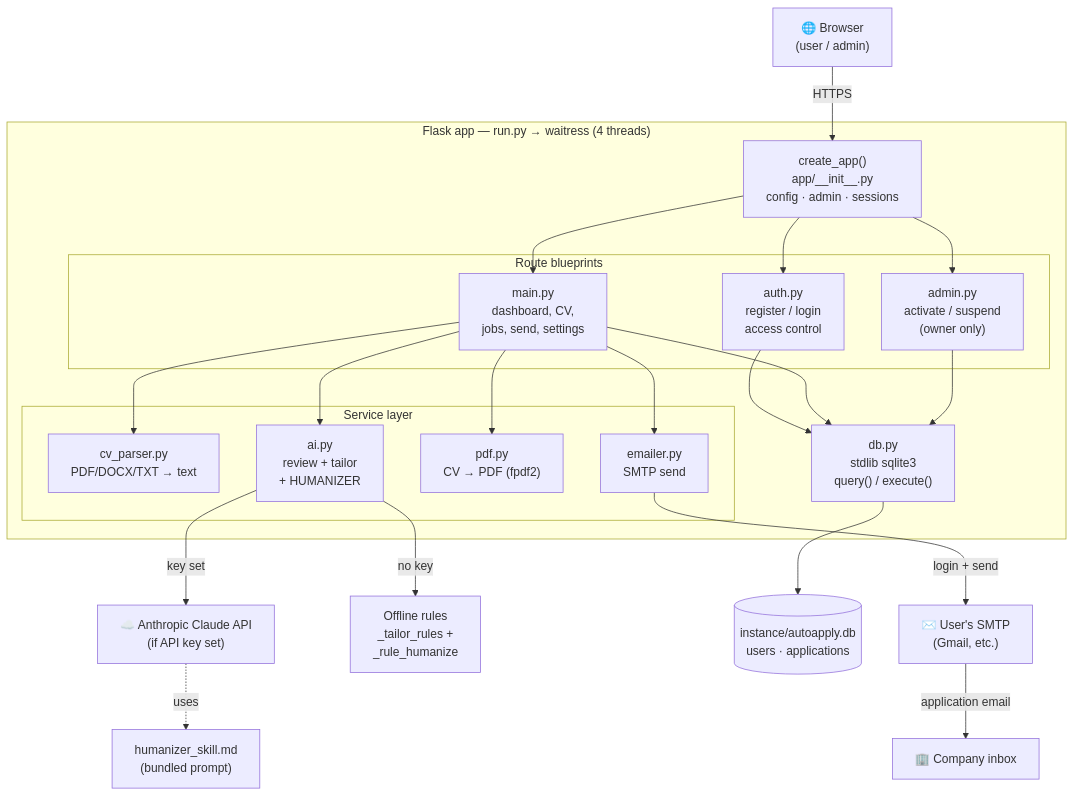
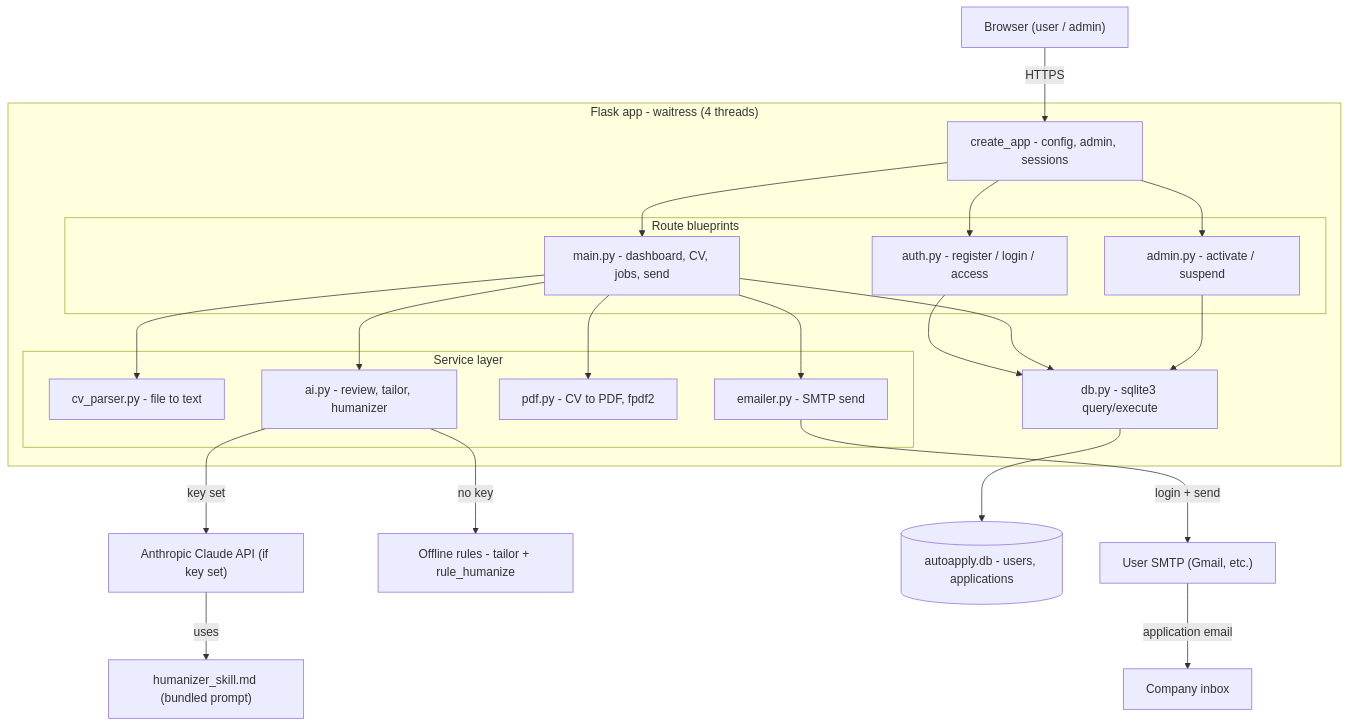
One commit to TD-Bethel/AutoApplyBW changed the diagram in docs/architecture.md. Above: the diagram before and after it, drawn with Mermaid.

Commit message:
Fix Mermaid diagram rendering on GitHub
Remove emojis, the A --> B & C multi-target syntax, and the dotted labeled
edge, which triggered GitHub's "Could not find a suitable point" Mermaid error.

````diff
--- a/docs/architecture.md
+++ b/docs/architecture.md
@@ -7,50 +7,52 @@
 ```mermaid
 flowchart TD
-    Browser["🌐 Browser<br/>(user / admin)"]
+    Browser["Browser (user / admin)"]
 
-    subgraph App["Flask app — run.py → waitress (4 threads)"]
-        Factory["create_app()<br/>app/__init__.py<br/>config · admin · sessions"]
+    subgraph App["Flask app - waitress (4 threads)"]
+        Factory["create_app - config, admin, sessions"]
 
         subgraph Blueprints["Route blueprints"]
-            Auth["auth.py<br/>register / login<br/>access control"]
-            Main["main.py<br/>dashboard, CV,<br/>jobs, send, settings"]
-            Admin["admin.py<br/>activate / suspend<br/>(owner only)"]
+            Auth["auth.py - register / login / access"]
+            Main["main.py - dashboard, CV, jobs, send"]
+            Admin["admin.py - activate / suspend"]
         end
 
         subgraph Services["Service layer"]
-            CVParser["cv_parser.py<br/>PDF/DOCX/TXT → text"]
-            AI["ai.py<br/>review + tailor<br/>+ HUMANIZER"]
-            PDF["pdf.py<br/>CV → PDF (fpdf2)"]
-            Emailer["emailer.py<br/>SMTP send"]
+            CVParser["cv_parser.py - file to text"]
+            AI["ai.py - review, tailor, humanizer"]
+            PDF["pdf.py - CV to PDF, fpdf2"]
+            Emailer["emailer.py - SMTP send"]
         end
 
-        DB["db.py<br/>stdlib sqlite3<br/>query() / execute()"]
+        DB["db.py - sqlite3 query/execute"]
     end
 
-    Skill["humanizer_skill.md<br/>(bundled prompt)"]
-    Claude["☁️ Anthropic Claude API<br/>(if API key set)"]
-    Rules["Offline rules<br/>_tailor_rules +<br/>_rule_humanize"]
-    SQLite[("instance/autoapply.db<br/>users · applications")]
-    SMTP["✉️ User's SMTP<br/>(Gmail, etc.)"]
-    Company["🏢 Company inbox"]
+    Skill["humanizer_skill.md (bundled prompt)"]
+    Claude["Anthropic Claude API (if key set)"]
+    Rules["Offline rules - tailor + rule_humanize"]
+    SQLite[("autoapply.db - users, applications")]
+    SMTP["User SMTP (Gmail, etc.)"]
+    Company["Company inbox"]
 
     Browser -->|HTTPS| Factory
-    Factory --> Auth & Main & Admin
+    Factory --> Auth
+    Factory --> Main
+    Factory --> Admin
 
     Main --> CVParser
     Main --> AI
     Main --> PDF
     Main --> Emailer
 
     AI -->|key set| Claude
     AI -->|no key| Rules
-    Claude -. uses .-> Skill
+    Claude -->|uses| Skill
 
     Auth --> DB
     Main --> DB
     Admin --> DB
     DB --> SQLite
 
     Emailer -->|login + send| SMTP
     SMTP -->|application email| Company
 ```
````
